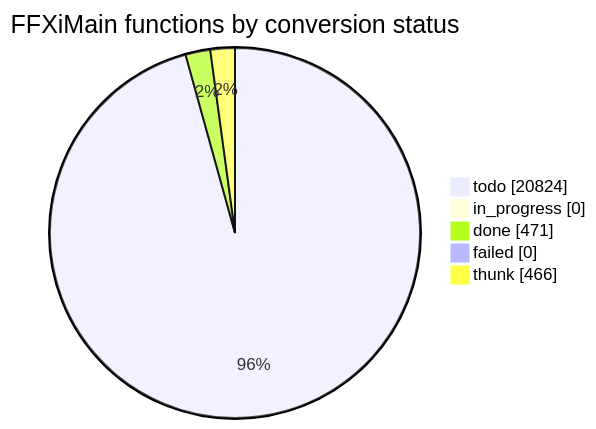
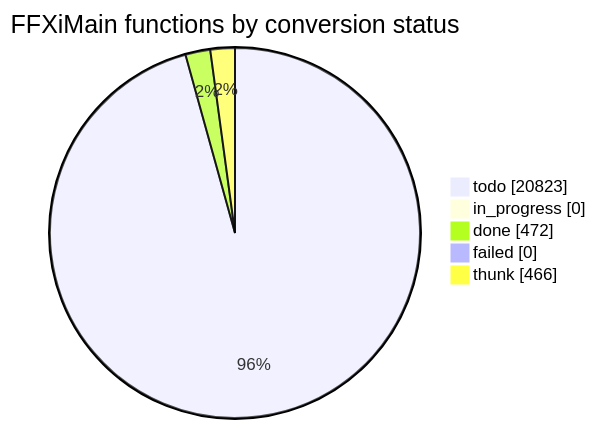
Before and after one commit to cowrevenge/cow_kuluu_xi_anything: the diagram in docs/cow/STATUS.md, drawn with Mermaid. The commit also changed other lines of this file and 9 other files, not shown here.

````diff
--- a/docs/cow/STATUS.md
+++ b/docs/cow/STATUS.md
@@ -18,9 +18,9 @@
 ```mermaid
 pie showData
     title FFXiMain functions by conversion status
-    "todo" : 20824
+    "todo" : 20823
     "in_progress" : 0
-    "done" : 471
+    "done" : 472
     "failed" : 0
     "thunk" : 466
 ```
````
